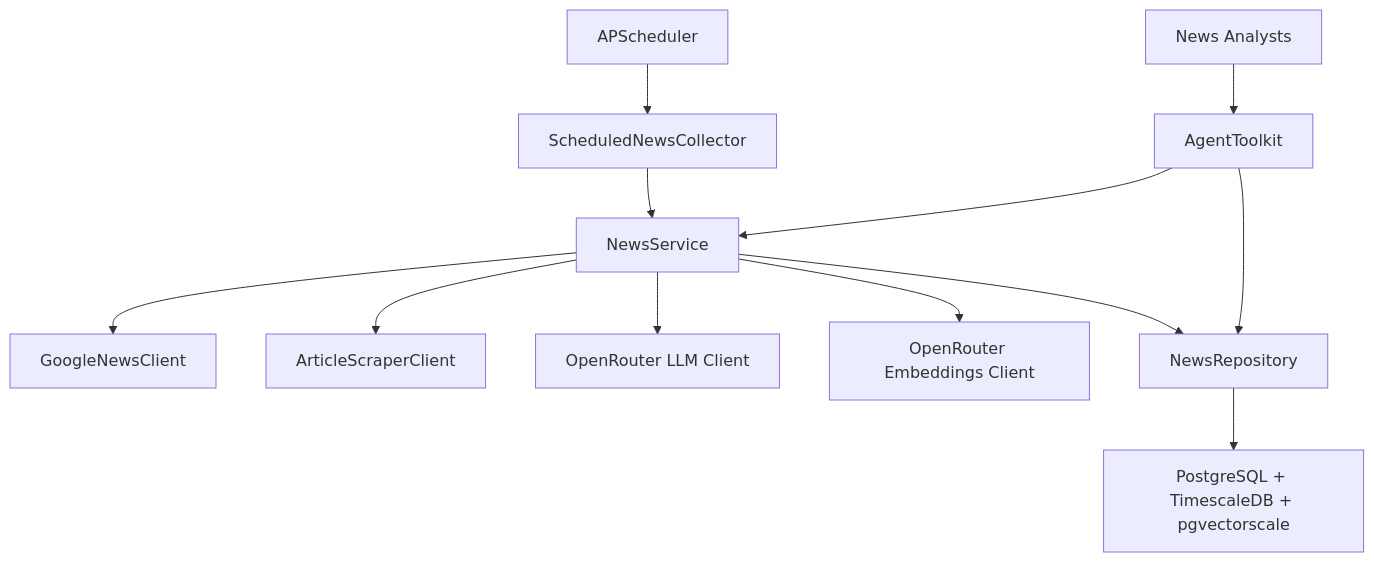
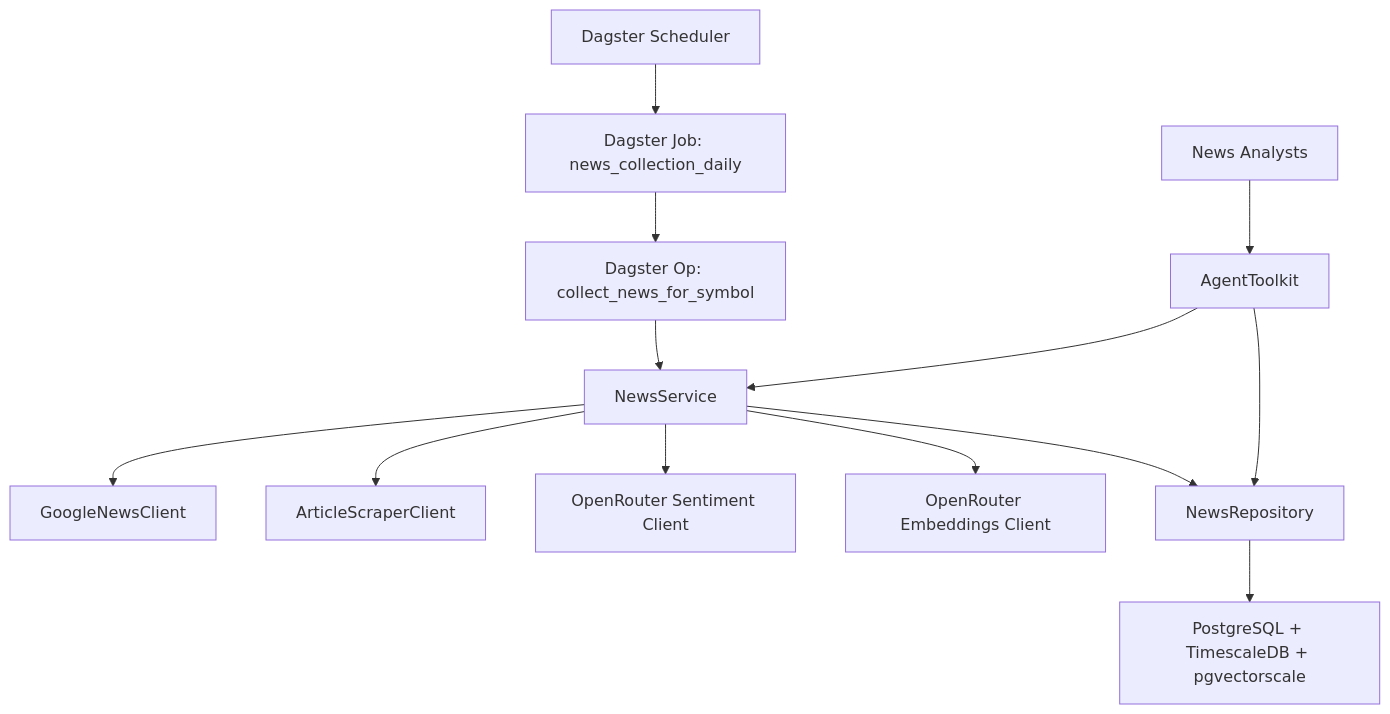
Before and after one commit to TauricResearch/TradingAgents: the diagram in docs/specs/news/design.md, drawn with Mermaid. The commit also changed other lines of this file and 15 other files, not shown here.

First line of the commit message:
feat(news): enhance NewsArticle entity with sentiment fields and add Dagster orchestration specs

````diff
--- a/docs/specs/news/design.md
+++ b/docs/specs/news/design.md
@@ -11,15 +11,16 @@
 ```mermaid
 graph TD
-    A[APScheduler] --> B[ScheduledNewsCollector]
-    B --> C[NewsService]
-    C --> D[GoogleNewsClient]
-    C --> E[ArticleScraperClient]
-    C --> F[OpenRouter LLM Client]
-    C --> G[OpenRouter Embeddings Client]
-    C --> H[NewsRepository]
-    H --> I[PostgreSQL + TimescaleDB + pgvectorscale]
-    
-    J[News Analysts] --> K[AgentToolkit]
-    K --> C
-    K --> H
+    A[Dagster Scheduler] --> B[Dagster Job: news_collection_daily]
+    B --> C[Dagster Op: collect_news_for_symbol]
+    C --> D[NewsService]
+    D --> E[GoogleNewsClient]
+    D --> F[ArticleScraperClient]
+    D --> G[OpenRouter Sentiment Client]
+    D --> H[OpenRouter Embeddings Client]
+    D --> I[NewsRepository]
+    I --> J[PostgreSQL + TimescaleDB + pgvectorscale]
+
+    K[News Analysts] --> L[AgentToolkit]
+    L --> D
+    L --> I
 ```
````
